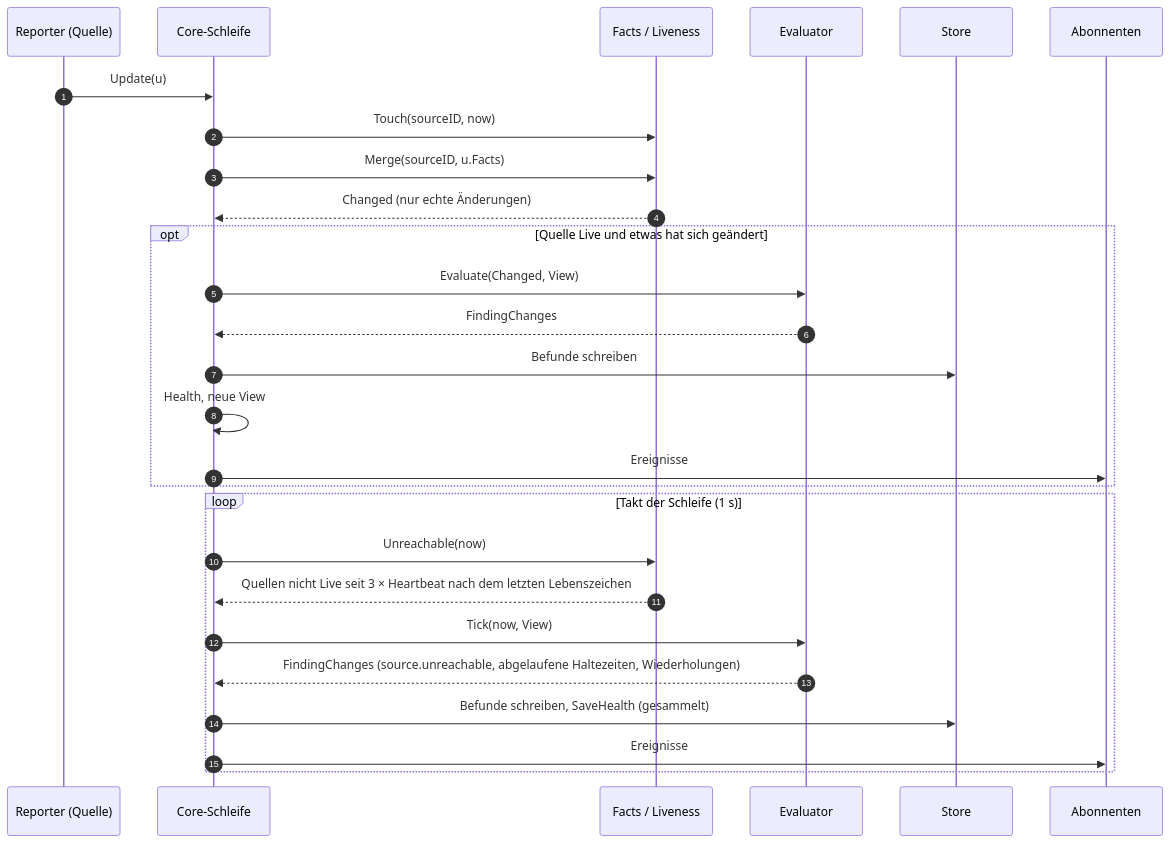
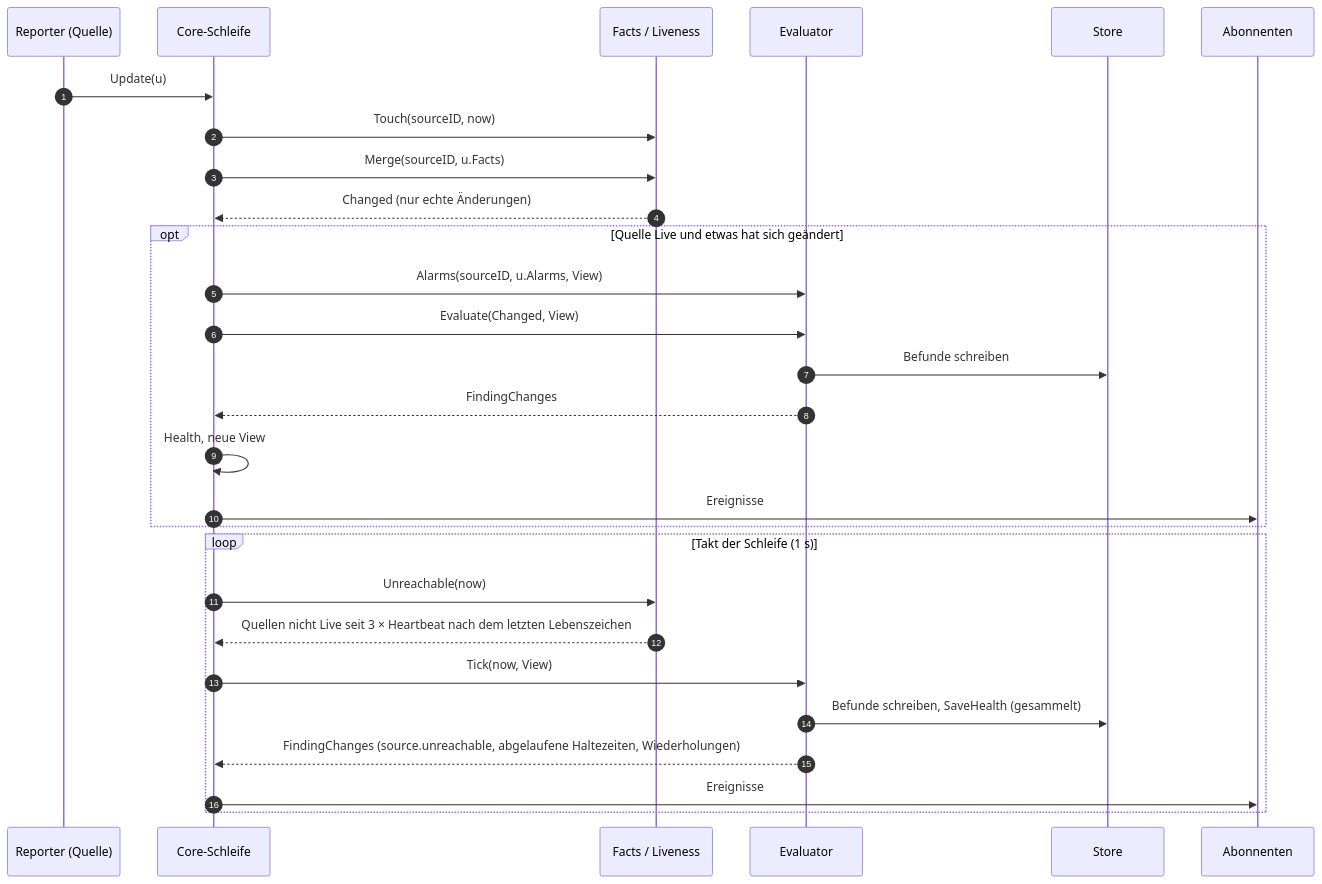
One commit to lukirs95/monika changed the third of 6 diagrams in docs/contracts/core.md. Above: the diagram before and after it, drawn with Mermaid. The commit also changed other lines of this file and 6 other files, not shown here.

Commit message:
core/inventory: immutable graph with scope resolution

````diff
--- a/docs/contracts/core.md
+++ b/docs/contracts/core.md
@@ -247,31 +282,32 @@
 ```mermaid
 sequenceDiagram
     autonumber
     participant R as Reporter (Quelle)
     participant L as Core-Schleife
     participant F as Facts / Liveness
     participant E as Evaluator
     participant S as Store
     participant B as Abonnenten
 
     R->>L: Update(u)
     L->>F: Touch(sourceID, now)
     L->>F: Merge(sourceID, u.Facts)
     F-->>L: Changed (nur echte Änderungen)
     opt Quelle Live und etwas hat sich geändert
+        L->>E: Alarms(sourceID, u.Alarms, View)
         L->>E: Evaluate(Changed, View)
+        E->>S: Befunde schreiben
         E-->>L: FindingChanges
-        L->>S: Befunde schreiben
         L->>L: Health, neue View
         L->>B: Ereignisse
     end
 
     loop Takt der Schleife (1 s)
         L->>F: Unreachable(now)
         F-->>L: Quellen nicht Live seit 3 × Heartbeat nach dem letzten Lebenszeichen
         L->>E: Tick(now, View)
+        E->>S: Befunde schreiben, SaveHealth (gesammelt)
         E-->>L: FindingChanges (source.unreachable, abgelaufene Haltezeiten, Wiederholungen)
-        L->>S: Befunde schreiben, SaveHealth (gesammelt)
         L->>B: Ereignisse
     end
 ```
````
